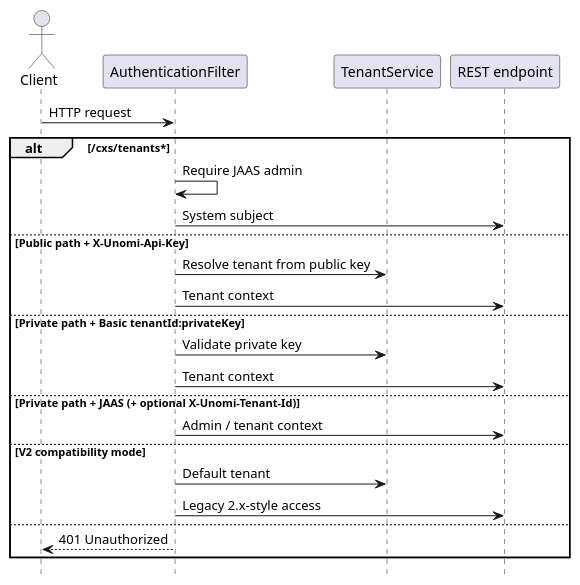
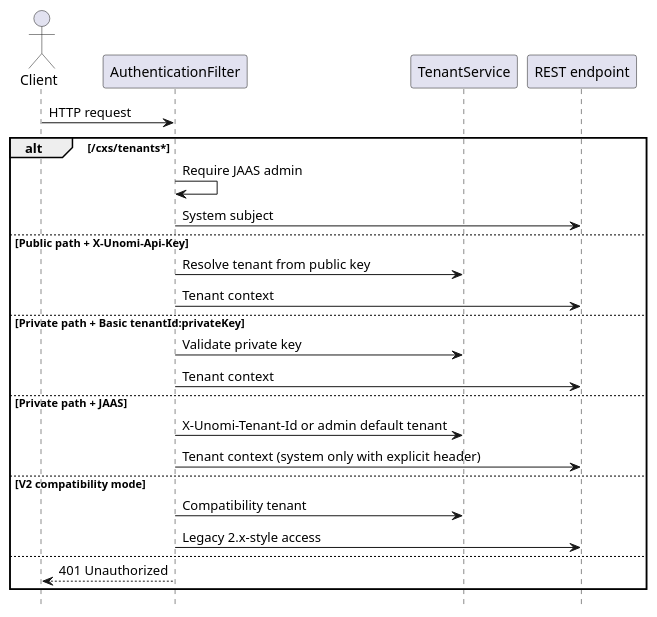
Before and after one commit to apache/unomi: the first of 3 diagrams in manual/src/main/asciidoc/security.adoc, drawn with PlantUML. The commit also changed other lines of this file and 25 other files, not shown here.

Commit message:
UNOMI-1008: Use a configurable tenant for JAAS admin requests without a header (#935)

```diff
--- a/manual/src/main/asciidoc/security.adoc
+++ b/manual/src/main/asciidoc/security.adoc
@@ -44,31 +55,32 @@
 [plantuml]
 ----
 @startuml
 skinparam shadowing false
 hide footbox
 
 actor Client
 participant "AuthenticationFilter" as Auth
 participant "TenantService" as Tenant
 participant "REST endpoint" as API
 
 Client -> Auth : HTTP request
 alt /cxs/tenants*
   Auth -> Auth : Require JAAS admin
   Auth -> API : System subject
 else Public path + X-Unomi-Api-Key
   Auth -> Tenant : Resolve tenant from public key
   Auth -> API : Tenant context
 else Private path + Basic tenantId:privateKey
   Auth -> Tenant : Validate private key
   Auth -> API : Tenant context
-else Private path + JAAS (+ optional X-Unomi-Tenant-Id)
-  Auth -> API : Admin / tenant context
+else Private path + JAAS
+  Auth -> Tenant : X-Unomi-Tenant-Id or admin default tenant
+  Auth -> API : Tenant context (system only with explicit header)
 else V2 compatibility mode
-  Auth -> Tenant : Default tenant
+  Auth -> Tenant : Compatibility tenant
   Auth -> API : Legacy 2.x-style access
 else
   Auth --> Client : 401 Unauthorized
 end
 @enduml
 ----
```
